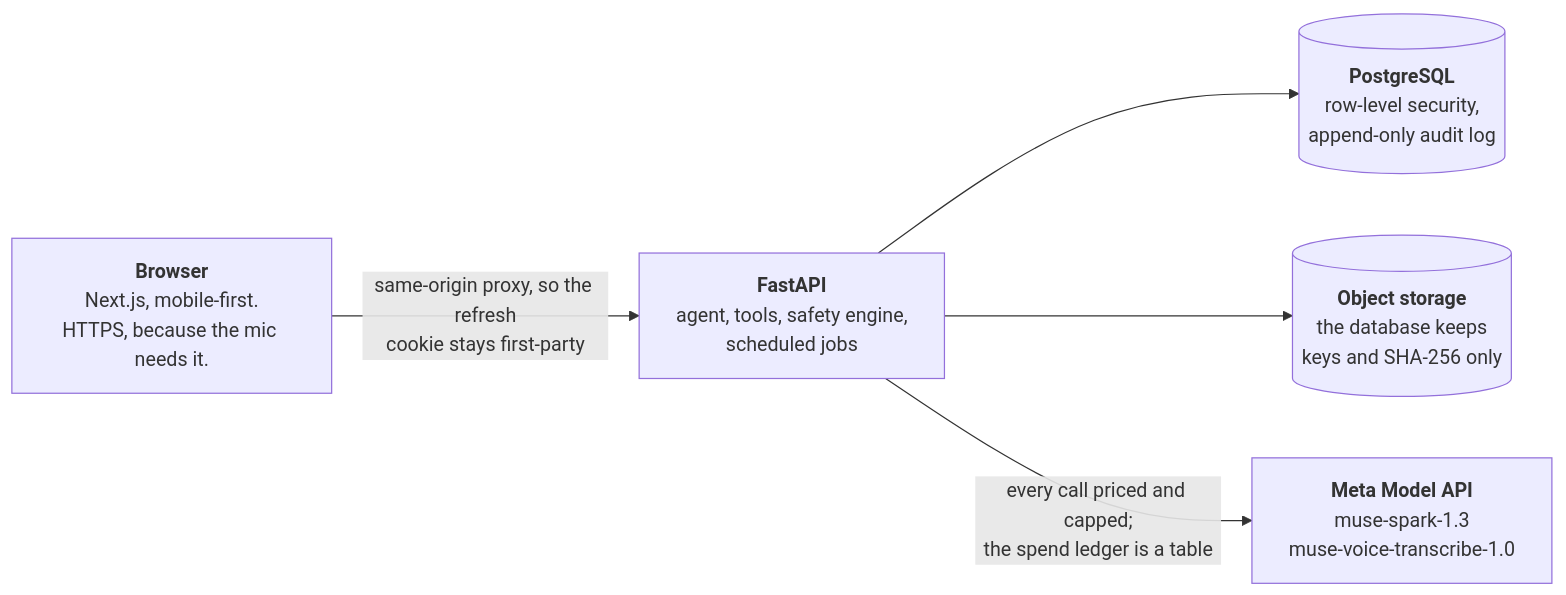
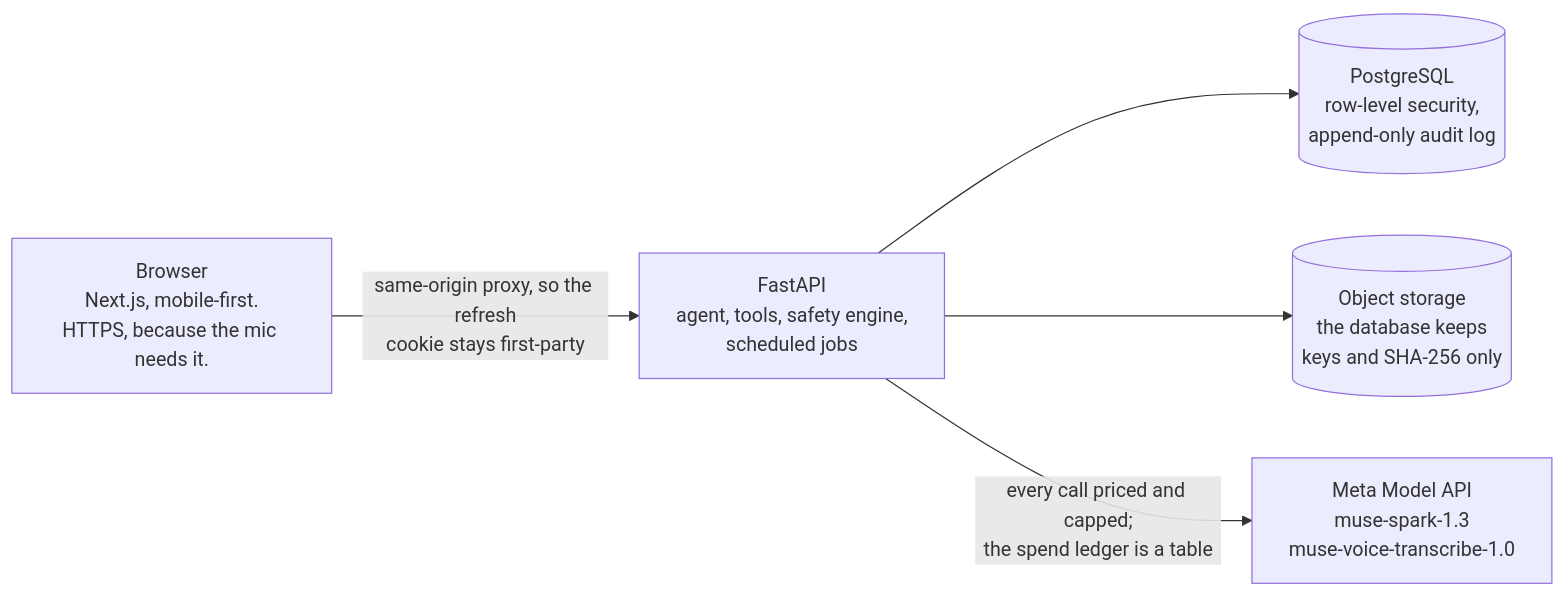
The fourth of 4 diagrams in README.md (Hetul16/caresaathi), drawn with Mermaid before and after one commit. The commit also changed other lines of this file, not shown here.

First line of the commit message:
The README's diagrams render on GitHub, and the Meta models get their own section

````diff
--- a/README.md
+++ b/README.md
@@ -160,13 +205,13 @@
 ```mermaid
 flowchart LR
-  b["<b>Browser</b><br/>Next.js, mobile-first.<br/>HTTPS, because the mic needs it."]
-  a["<b>FastAPI</b><br/>agent, tools, safety engine,<br/>scheduled jobs"]
-  d[("<b>PostgreSQL</b><br/>row-level security,<br/>append-only audit log")]
-  f[("<b>Object storage</b><br/>the database keeps<br/>keys and SHA-256 only")]
-  m["<b>Meta Model API</b><br/>muse-spark-1.3<br/>muse-voice-transcribe-1.0"]
+  b["Browser<br>Next.js, mobile-first.<br>HTTPS, because the mic needs it."]
+  a["FastAPI<br>agent, tools, safety engine,<br>scheduled jobs"]
+  d[("PostgreSQL<br>row-level security,<br>append-only audit log")]
+  f[("Object storage<br>the database keeps<br>keys and SHA-256 only")]
+  m["Meta Model API<br>muse-spark-1.3<br>muse-voice-transcribe-1.0"]
 
-  b -->|"same-origin proxy, so the refresh<br/>cookie stays first-party"| a
+  b -->|"same-origin proxy, so the refresh<br>cookie stays first-party"| a
   a --> d
   a --> f
-  a -->|"every call priced and capped;<br/>the spend ledger is a table"| m
+  a -->|"every call priced and capped;<br>the spend ledger is a table"| m
 ```
````
